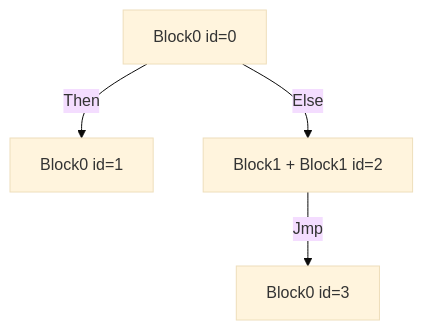
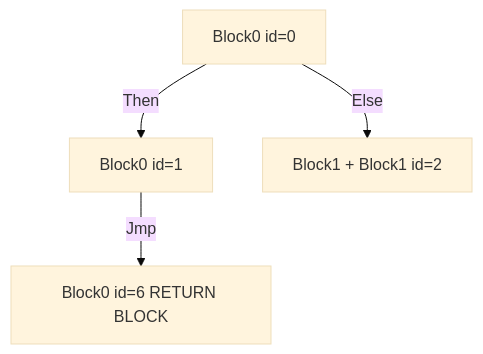
One commit to defkit/branching_overview changed the seventh of 10 diagrams in README.md. Above: the diagram before and after it, drawn with Mermaid (base theme). The commit also changed other lines of this file, not shown here.

````diff
--- a/README.md
+++ b/README.md
@@ -83,6 +89,7 @@
 ```mermaid
 graph TD;
     b0[Block0 id=0]-->|Then| b1[Block0 id=1]
     b0[Block0 id=0]-->|Else| b2[Block1 + Block1 id=2]
-    b2-->|Jmp| b3[Block0 id=3]
+    b1-->|Jmp| b6
+    b6[Block0 id=6 RETURN BLOCK]
 ```
````
